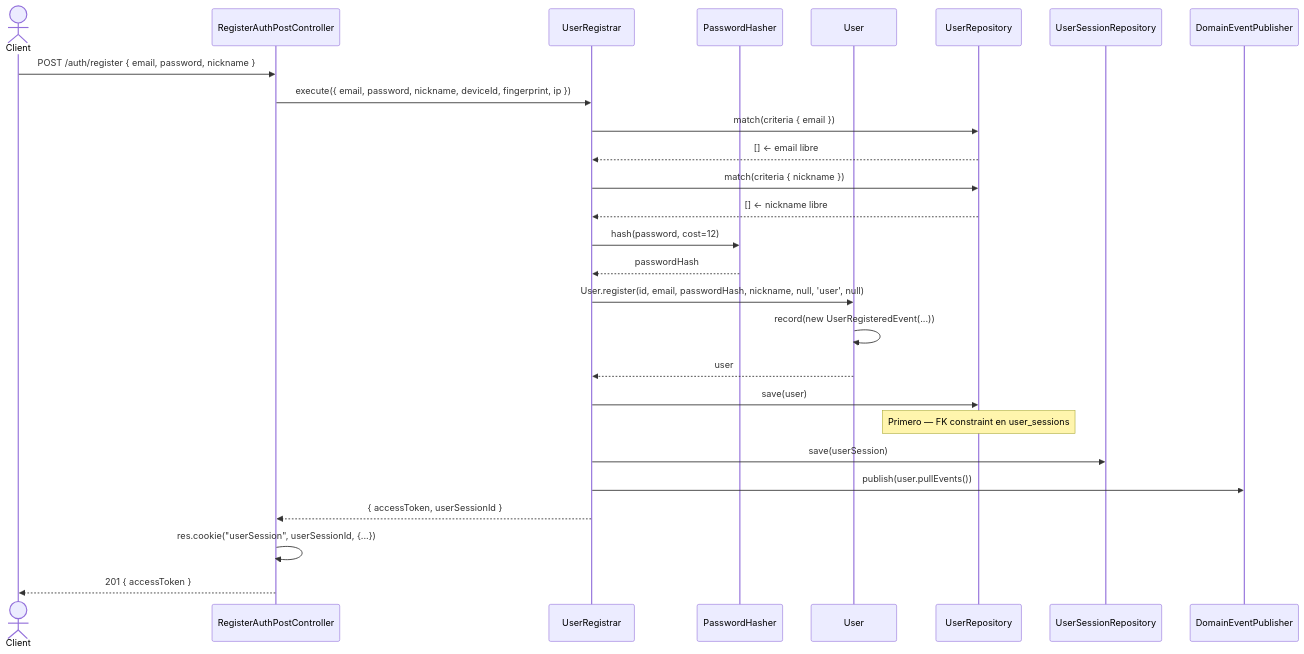
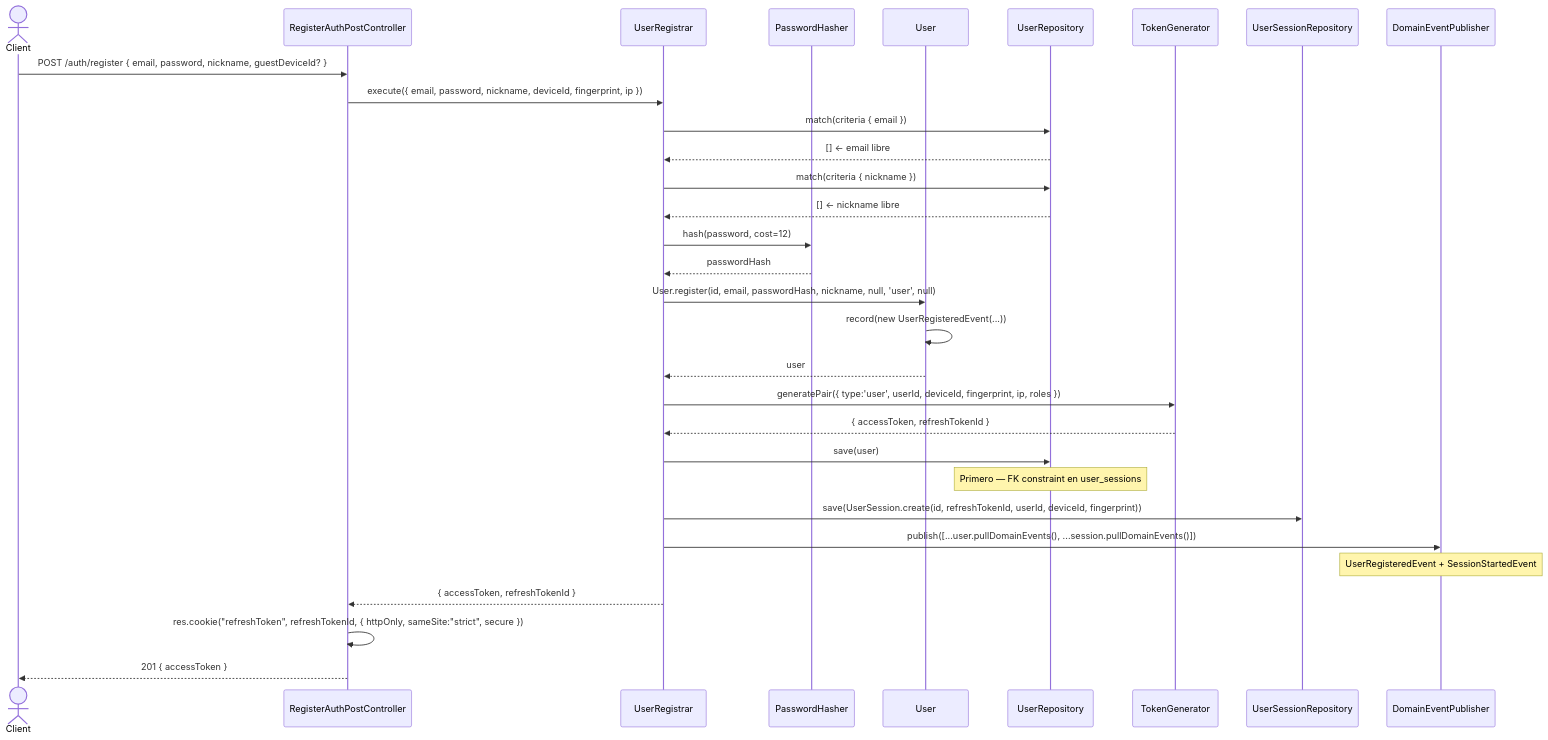
Before and after one commit to AbrahamVilchesDeLaCruz/ididntcatchthat: the first of 2 diagrams in docs/apps/api/identity/register/sequence.md, drawn with Mermaid. The commit also changed 17 other files, not shown here.

````diff
--- a/docs/apps/api/identity/register/sequence.md
+++ b/docs/apps/api/identity/register/sequence.md
@@ -7,39 +7,44 @@
 ```mermaid
 sequenceDiagram
     actor Client
     participant C as RegisterAuthPostController
     participant UC as UserRegistrar
     participant PH as PasswordHasher
     participant U as User
     participant UREPO as UserRepository
+    participant TG as TokenGenerator
     participant RTREPO as UserSessionRepository
     participant PUB as DomainEventPublisher
 
-    Client->>C: POST /auth/register { email, password, nickname }
+    Client->>C: POST /auth/register { email, password, nickname, guestDeviceId? }
 
     C->>UC: execute({ email, password, nickname, deviceId, fingerprint, ip })
 
     UC->>UREPO: match(criteria { email })
     UREPO-->>UC: [] ← email libre
 
     UC->>UREPO: match(criteria { nickname })
     UREPO-->>UC: [] ← nickname libre
 
     UC->>PH: hash(password, cost=12)
     PH-->>UC: passwordHash
 
     UC->>U: User.register(id, email, passwordHash, nickname, null, 'user', null)
     U->>U: record(new UserRegisteredEvent(...))
     U-->>UC: user
 
+    UC->>TG: generatePair({ type:'user', userId, deviceId, fingerprint, ip, roles })
+    TG-->>UC: { accessToken, refreshTokenId }
+
     UC->>UREPO: save(user)
     Note over UREPO: Primero — FK constraint en user_sessions
 
-    UC->>RTREPO: save(userSession)
+    UC->>RTREPO: save(UserSession.create(id, refreshTokenId, userId, deviceId, fingerprint))
 
-    UC->>PUB: publish(user.pullEvents())
+    UC->>PUB: publish([...user.pullDomainEvents(), ...session.pullDomainEvents()])
+    Note over PUB: UserRegisteredEvent + SessionStartedEvent
 
-    UC-->>C: { accessToken, userSessionId }
-    C->>C: res.cookie("userSession", userSessionId, {...})
+    UC-->>C: { accessToken, refreshTokenId }
+    C->>C: res.cookie("refreshToken", refreshTokenId, { httpOnly, sameSite:"strict", secure })
     C-->>Client: 201 { accessToken }
 ```
````
